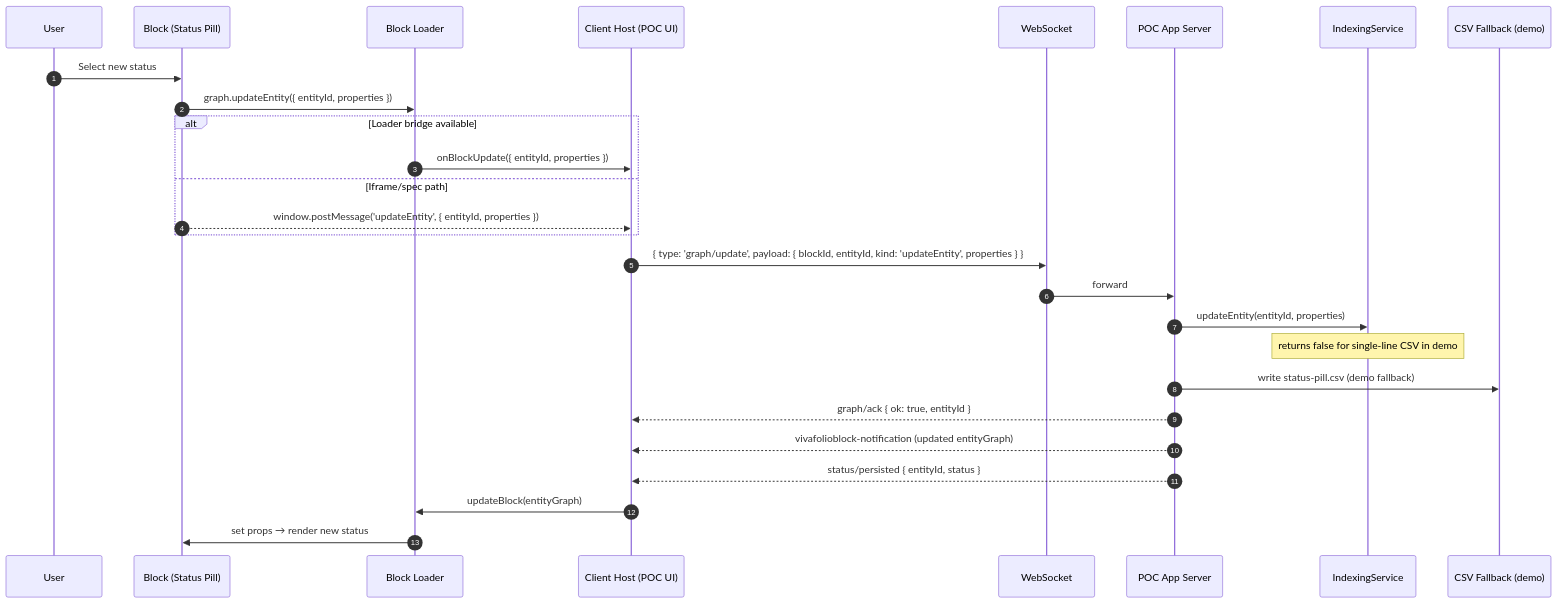
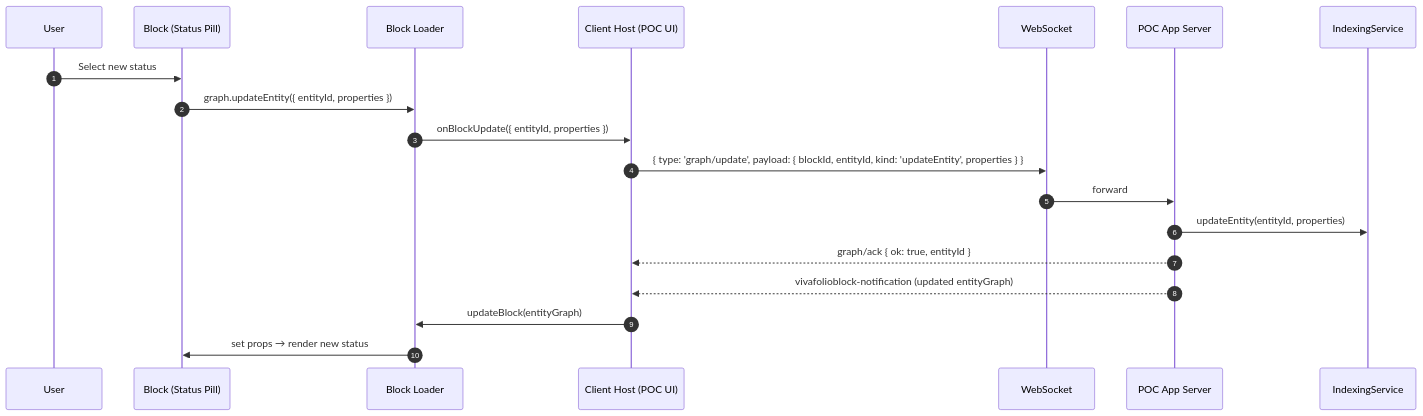
Before and after one commit to Vivafolio/vivafolio-vs-code: the diagram in blocks/status-pill/Status-Pill-Integration.md, drawn with Mermaid. The commit also changed other lines of this file and 7 other files, not shown here.

Commit message:
Status pill code cleanup. Status pill now takes as input statusOptionsConfig.json and an entity whose status to be changed

````diff
--- a/blocks/status-pill/Status-Pill-Integration.md
+++ b/blocks/status-pill/Status-Pill-Integration.md
@@ -42,34 +41,26 @@
 ```mermaid
 %%{init: {
    "config": { "sequence": { "useMaxWidth": false } },
    "themeCSS": ".mermaid, .mermaid svg{max-width:none!important;} .mermaid svg{transform:scale(1.5); transform-origin: top left;} .mermaid .actor > text,.mermaid .messageText,.mermaid .noteText,.mermaid .sectionTitle,.mermaid .loopText,.mermaid .sequenceNumber{font-size:22px;}"
 }}%%
 sequenceDiagram
    autonumber
    participant U as User
    participant B as Block (Status Pill)
    participant L as Block Loader
    participant H as Client Host (POC UI)
    participant WS as WebSocket
    participant S as POC App Server
    participant I as IndexingService
-   participant CSV as CSV Fallback (demo)
 
    U->>B: Select new status
    B->>L: graph.updateEntity({ entityId, properties })
-   alt Loader bridge available
-      L->>H: onBlockUpdate({ entityId, properties })
-   else Iframe/spec path
-      B-->>H: window.postMessage('updateEntity', { entityId, properties })
-   end
+   L->>H: onBlockUpdate({ entityId, properties })
    H->>WS: { type: 'graph/update', payload: { blockId, entityId, kind: 'updateEntity', properties } }
    WS->>S: forward
    S->>I: updateEntity(entityId, properties)
-   Note over I: returns false for single-line CSV in demo
-   S->>CSV: write status-pill.csv (demo fallback)
    S-->>H: graph/ack { ok: true, entityId }
    S-->>H: vivafolioblock-notification (updated entityGraph)
-   S-->>H: status/persisted { entityId, status }
    H->>L: updateBlock(entityGraph)
    L->>B: set props → render new status
 ```
````
